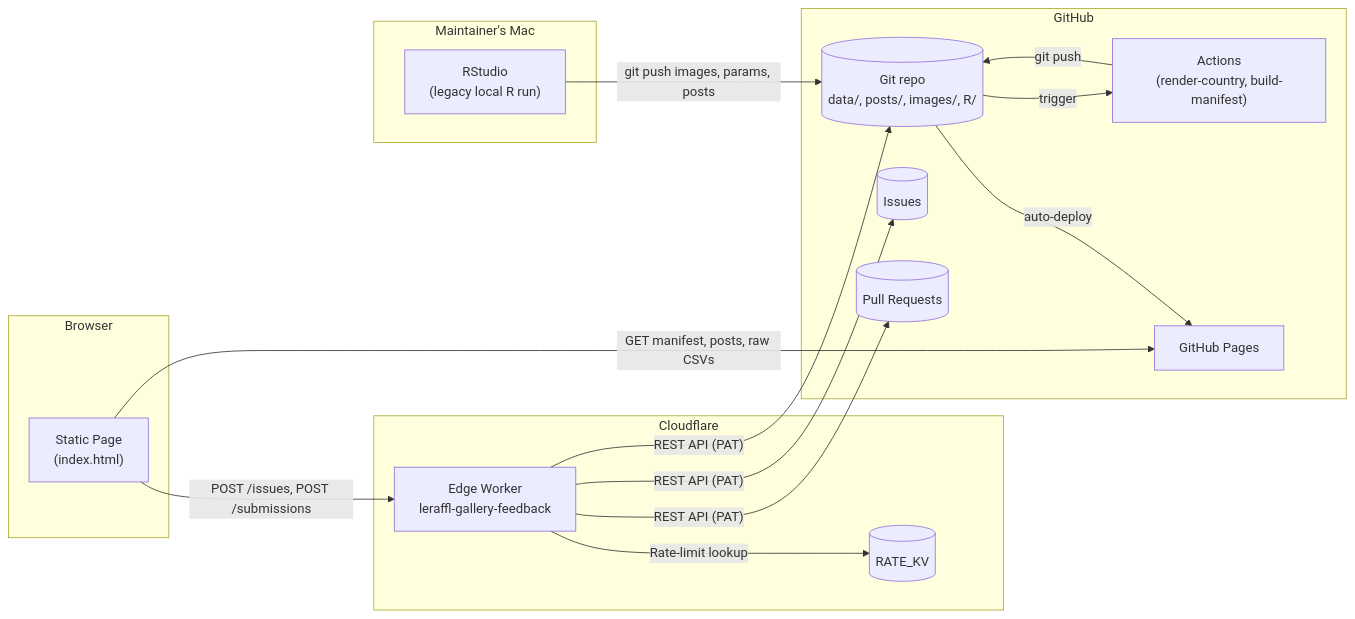
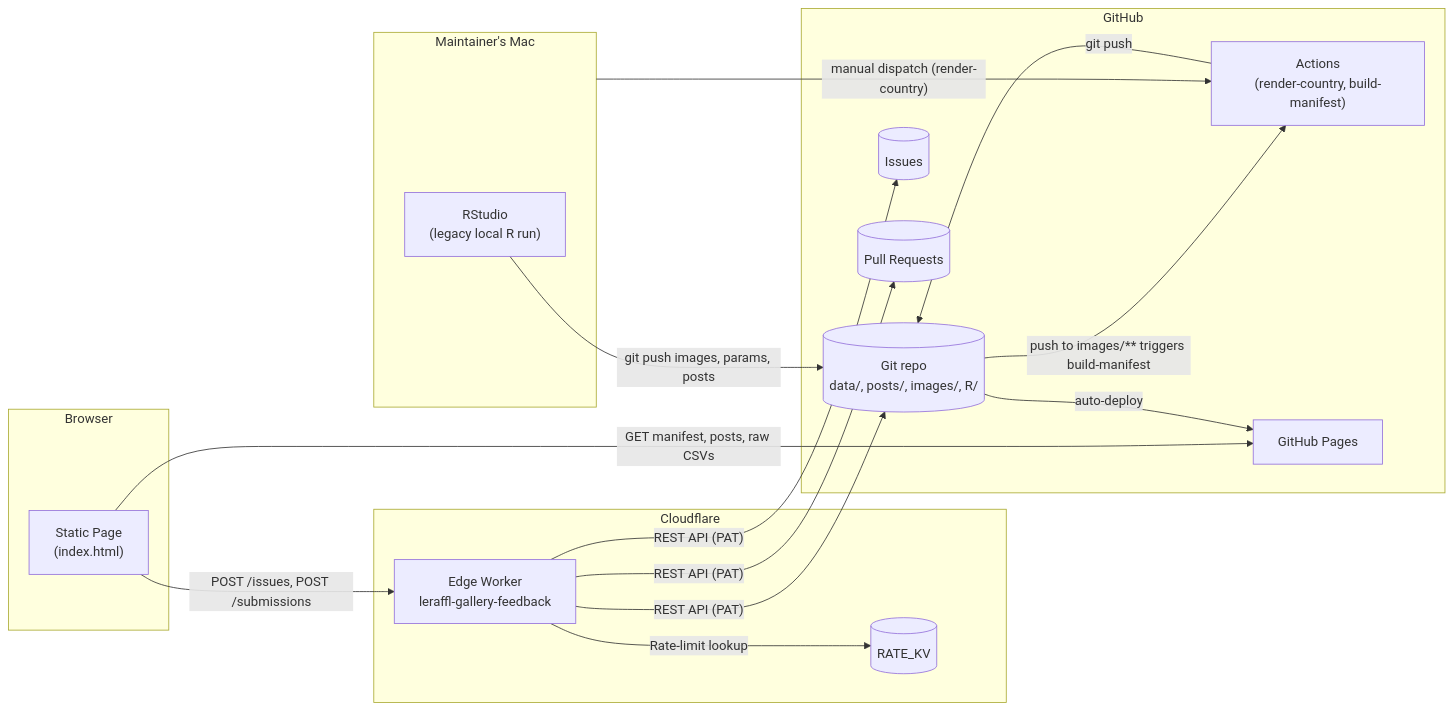
The diagram in docs/architecture/README.md (LeRaffl/LeRaffl-Gallery), drawn with Mermaid before and after one commit. The commit also changed 5 other files, not shown here.

First line of the commit message:
docs(architecture): apply review feedback

````diff
--- a/docs/architecture/README.md
+++ b/docs/architecture/README.md
@@ -27,36 +27,37 @@
 ```mermaid
 flowchart LR
     subgraph Browser
         Page["Static Page<br/>(index.html)"]
     end
 
     subgraph Cloudflare
         Worker["Edge Worker<br/>leraffl-gallery-feedback"]
         KV[(RATE_KV)]
     end
 
     subgraph GitHub
         Repo[("Git repo<br/>data/, posts/, images/, R/")]
         Issues[("Issues")]
         PRs[("Pull Requests")]
         Actions["Actions<br/>(render-country, build-manifest)"]
         Pages["GitHub Pages"]
     end
 
     subgraph Maintainer["Maintainer's Mac"]
         RStudio["RStudio<br/>(legacy local R run)"]
     end
 
     Page -- "GET manifest, posts, raw CSVs" --> Pages
     Page -- "POST /issues, POST /submissions" --> Worker
     Worker -- "Rate-limit lookup" --> KV
     Worker -- "REST API (PAT)" --> Issues
     Worker -- "REST API (PAT)" --> PRs
     Worker -- "REST API (PAT)" --> Repo
 
     Actions -- "git push" --> Repo
     Repo -- "auto-deploy" --> Pages
-    Repo -- "trigger" --> Actions
+    Repo -- "push to images/** triggers build-manifest" --> Actions
+    Maintainer -- "manual dispatch (render-country)" --> Actions
 
     RStudio -- "git push images, params, posts" --> Repo
 ```
````
